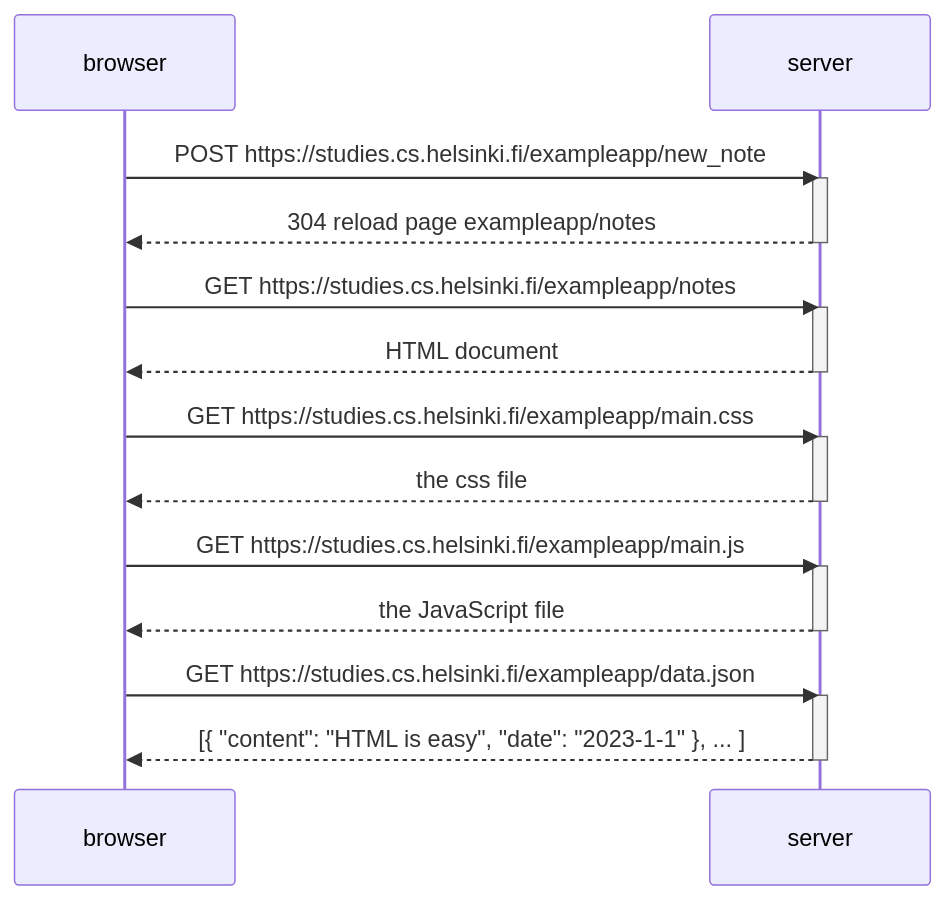
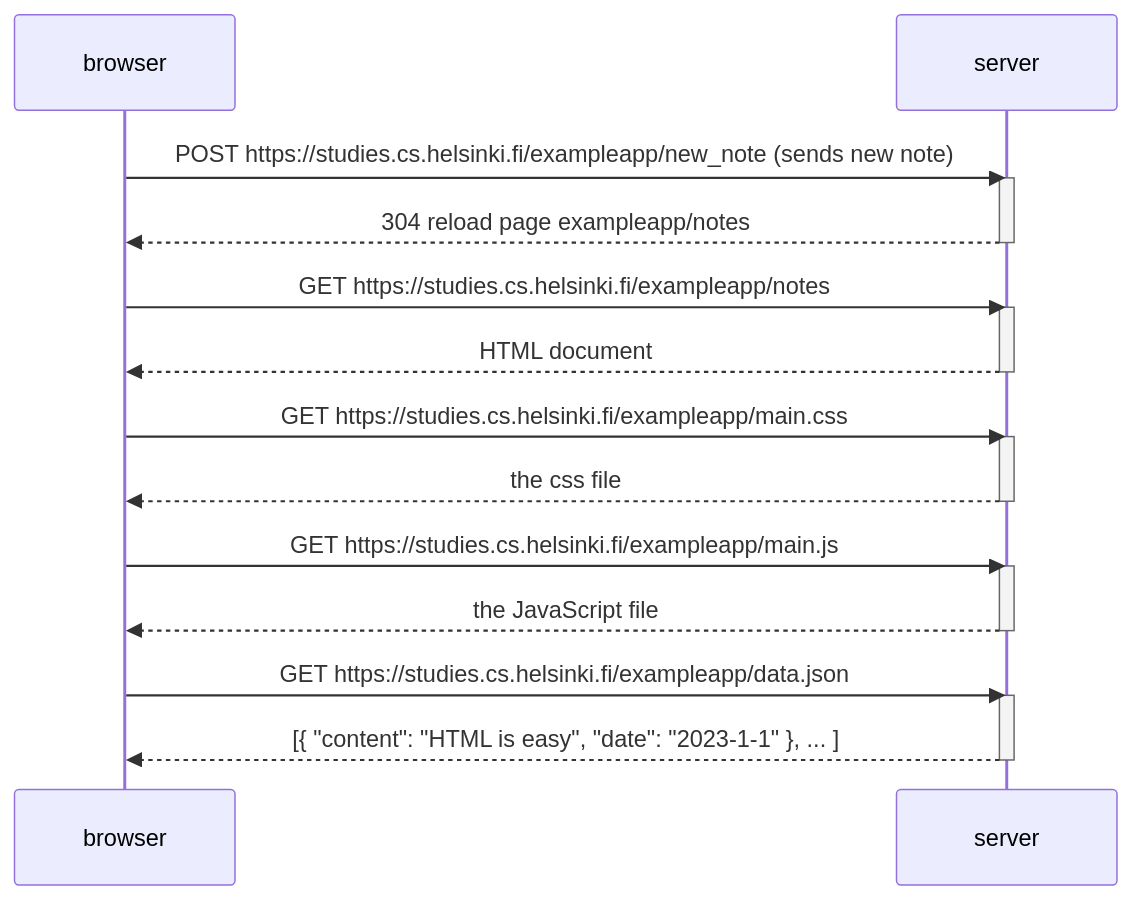
Before and after one commit to eduardofuncao/fso: the diagram in ex04.md, drawn with Mermaid.

````diff
--- a/ex04.md
+++ b/ex04.md
@@ -3,30 +3,30 @@
 ```mermaid
 sequenceDiagram
     participant browser
     participant server
 
-    browser->>server: POST https://studies.cs.helsinki.fi/exampleapp/new_note
+    browser->>server: POST https://studies.cs.helsinki.fi/exampleapp/new_note (sends new note)
     activate server
     server-->>browser: 304 reload page exampleapp/notes
     deactivate server
 
     browser->>server: GET https://studies.cs.helsinki.fi/exampleapp/notes
     activate server
     server-->>browser: HTML document
     deactivate server
 
     browser->>server: GET https://studies.cs.helsinki.fi/exampleapp/main.css
     activate server
     server-->>browser: the css file
     deactivate server
 
     browser->>server: GET https://studies.cs.helsinki.fi/exampleapp/main.js
     activate server
     server-->>browser: the JavaScript file
     deactivate server
 
     browser->>server: GET https://studies.cs.helsinki.fi/exampleapp/data.json
     activate server
     server-->>browser: [{ "content": "HTML is easy", "date": "2023-1-1" }, ... ]
     deactivate server
 ```
````
